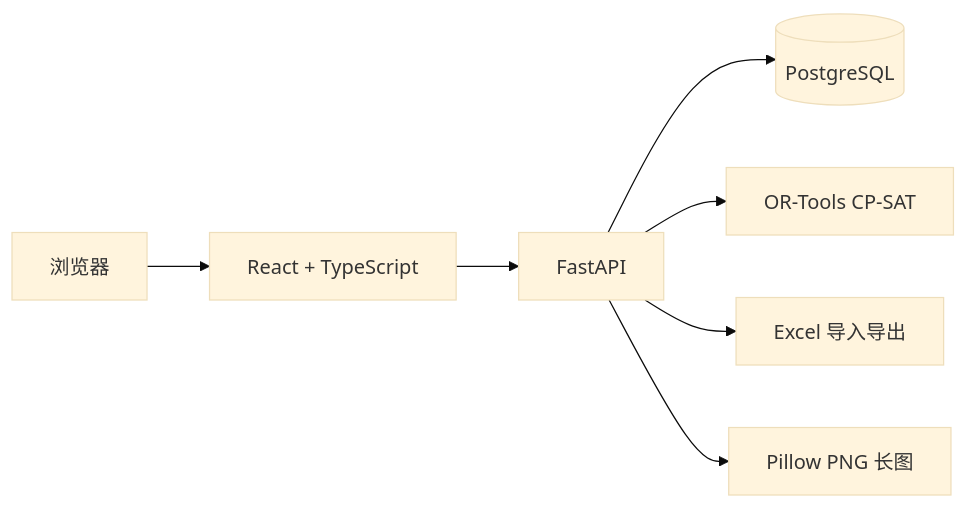
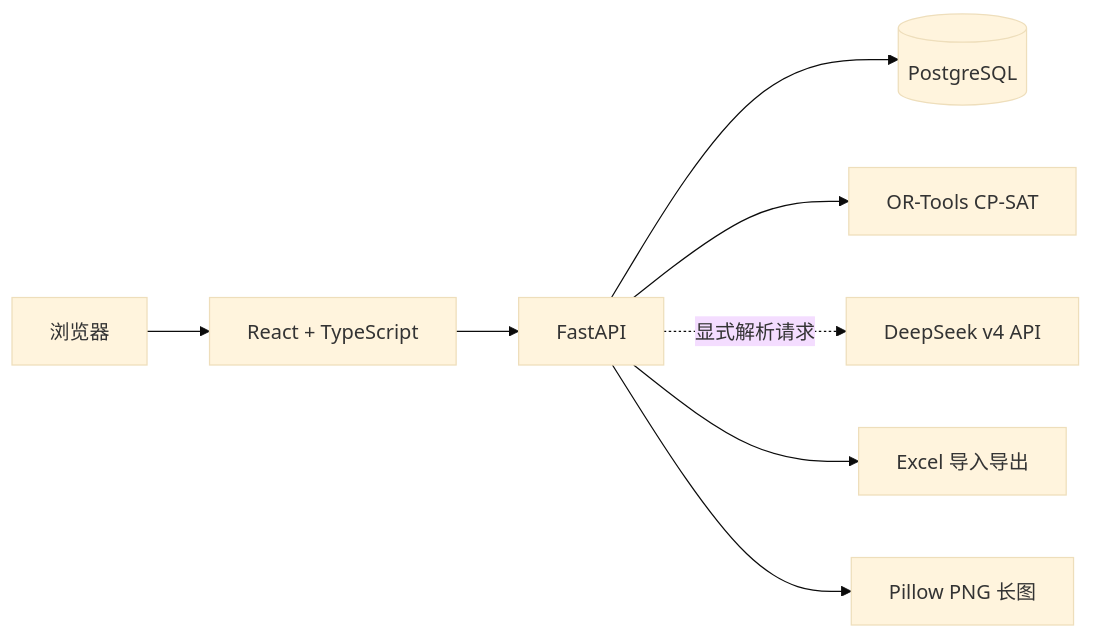
The diagram in README.md (haonange1314/dnf-leader-tool), drawn with Mermaid (base theme) before and after one commit. The commit also changed other lines of this file and 38 other files, not shown here.

````diff
--- a/README.md
+++ b/README.md
@@ -63,9 +64,10 @@
 ```mermaid
 flowchart LR
     Browser["浏览器"] --> Web["React + TypeScript"]
     Web --> API["FastAPI"]
     API --> DB[("PostgreSQL")]
     API --> Solver["OR-Tools CP-SAT"]
+    API -. 显式解析请求 .-> DeepSeek["DeepSeek v4 API"]
     API --> Excel["Excel 导入导出"]
     API --> Export["Pillow PNG 长图"]
 ```
````
